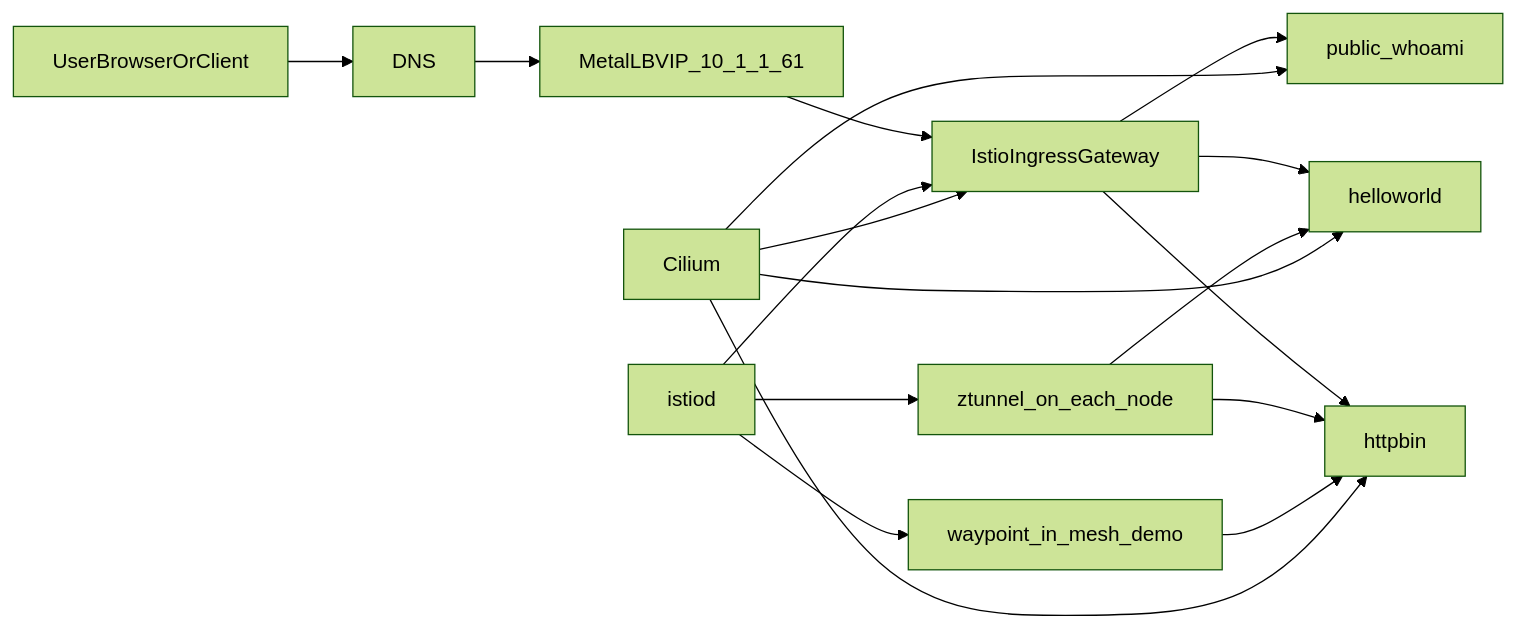
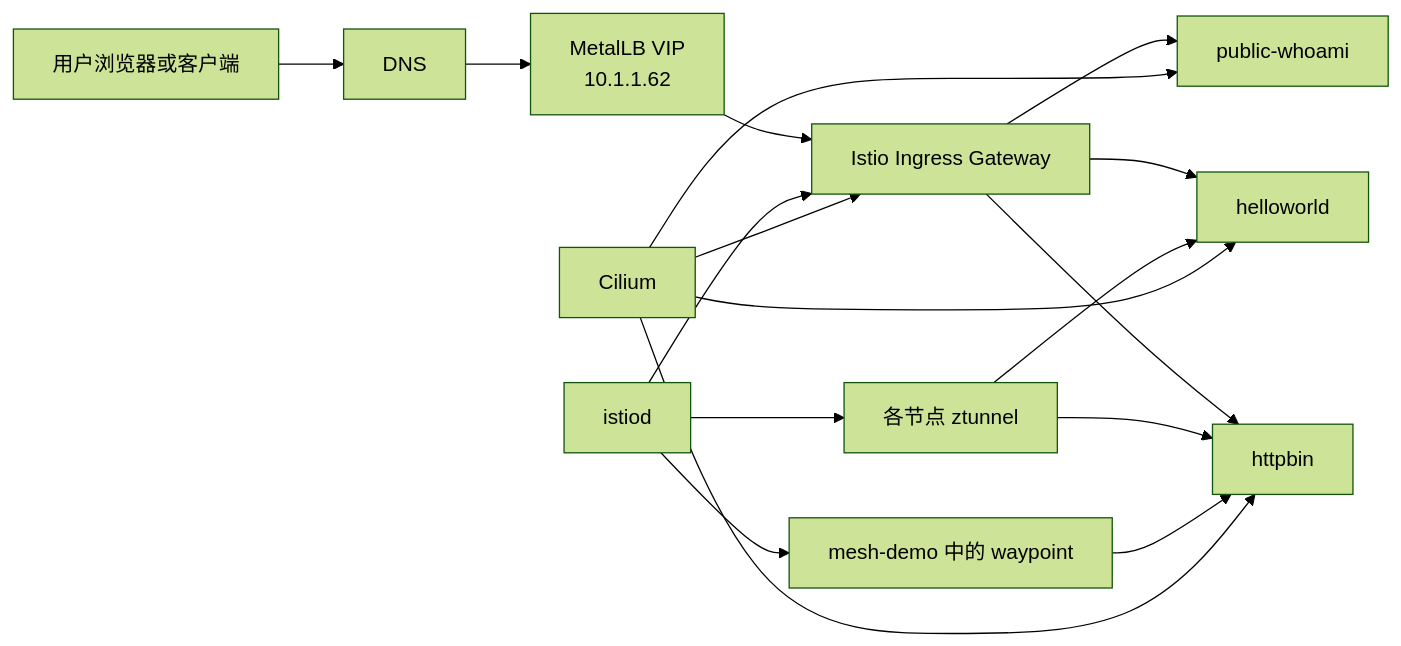
Before and after one commit to hwang-protocol/docker_k8s_2026: the diagram in k8s/05-security-and-zero-trust/docs/01_chapter_guide.md, drawn with Mermaid (forest theme). The commit also changed other lines of this file and 18 other files, not shown here.

````diff
--- a/k8s/05-security-and-zero-trust/docs/01_chapter_guide.md
+++ b/k8s/05-security-and-zero-trust/docs/01_chapter_guide.md
@@ -76,23 +76,23 @@
 ```mermaid
 flowchart LR
-    user[UserBrowserOrClient] --> dns[DNS]
-    dns --> vip[MetalLBVIP_10_1_1_61]
-    vip --> ingress[IstioIngressGateway]
+    user[用户浏览器或客户端] --> dns[DNS]
+    dns --> vip[MetalLB VIP<br/>10.1.1.62]
+    vip --> ingress[Istio Ingress Gateway]
 
-    ingress --> publicSvc[public_whoami]
+    ingress --> publicSvc[public-whoami]
     ingress --> helloSvc[helloworld]
     ingress --> httpbinSvc[httpbin]
 
     istiod[istiod] --> ingress
-    istiod --> ztunnel[ztunnel_on_each_node]
-    istiod --> waypoint[waypoint_in_mesh_demo]
+    istiod --> ztunnel[各节点 ztunnel]
+    istiod --> waypoint[mesh-demo 中的 waypoint]
 
     ztunnel --> helloSvc
     ztunnel --> httpbinSvc
     waypoint --> httpbinSvc
 
     cilium[Cilium] --> ingress
     cilium --> publicSvc
     cilium --> helloSvc
     cilium --> httpbinSvc
 ```
````
